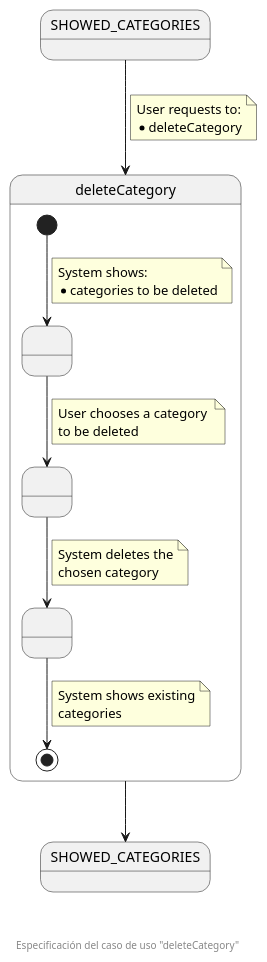
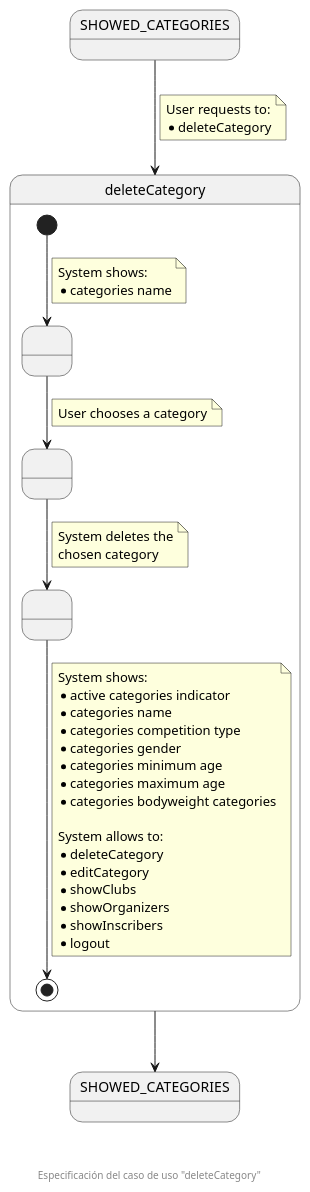
One commit to zuldare/mastercloud_pfm_halterocms changed the diagram in documentation/diagrams/1_requirements/3_useCasesSpecification/organizationSecretary/02_deleteCategory.puml. Above: the diagram before and after it, drawn with PlantUML.

Commit message:
Improve deleteCategory use case specification

```diff
--- a/documentation/diagrams/1_requirements/3_useCasesSpecification/organizationSecretary/02_deleteCategory.puml
+++ b/documentation/diagrams/1_requirements/3_useCasesSpecification/organizationSecretary/02_deleteCategory.puml
@@ -1,45 +1,58 @@
 @startuml
 state SHOWED_CATEGORIES
 
 state deleteCategory {
   state " " as SHOWED_CATEGORIES_TO_BE_DELETED
   state " " as CHOSEN_CATEGORY
   state " " as CATEGORY_DELETED
 
   [*] --> SHOWED_CATEGORIES_TO_BE_DELETED
   note on link
     System shows:
-    * categories to be deleted
+    * categories name
   end note
   
   SHOWED_CATEGORIES_TO_BE_DELETED --> CHOSEN_CATEGORY
   note on link
-    User chooses a category 
-    to be deleted
+    User chooses a category
   end note
 
   CHOSEN_CATEGORY --> CATEGORY_DELETED
   note on link
     System deletes the
     chosen category
   end note
 
   CATEGORY_DELETED --> [*]
   note on link
-    System shows existing
-    categories
+    System shows:
+    * active categories indicator
+    * categories name
+    * categories competition type
+    * categories gender
+    * categories minimum age
+    * categories maximum age
+    * categories bodyweight categories
+
+    System allows to:
+    * deleteCategory
+    * editCategory
+    * showClubs
+    * showOrganizers
+    * showInscribers
+    * logout
   end note
 }
 
 state "SHOWED_CATEGORIES" as SHOWED_CATEGORIES_F
 
 SHOWED_CATEGORIES --> deleteCategory
 note on link
   User requests to:
   * deleteCategory
 end note
 
 deleteCategory --> SHOWED_CATEGORIES_F
 
 footer \n\n\n Especificación del caso de uso "deleteCategory"
 @enduml
```
